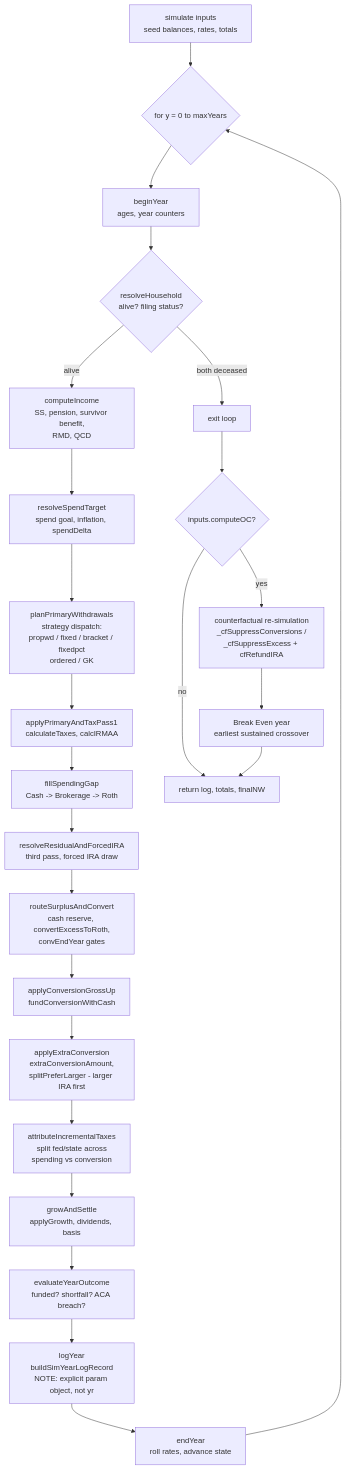
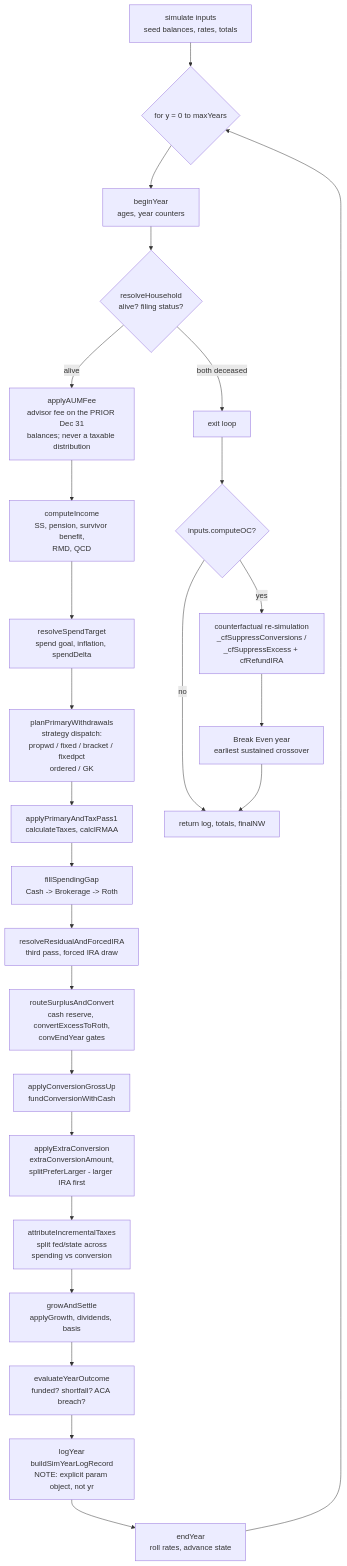
Before and after one commit to nightskyguy/retirement_assets: the third of 5 diagrams in ARCHITECTURE.md, drawn with Mermaid. The commit also changed 10 other files, not shown here.

````diff
--- a/ARCHITECTURE.md
+++ b/ARCHITECTURE.md
@@ -161,28 +161,29 @@
 ```mermaid
 flowchart TD
     IN["simulate inputs<br/>seed balances, rates, totals"] --> LOOP{"for y = 0 to maxYears"}
     LOOP --> B["beginYear<br/>ages, year counters"]
     B --> H{"resolveHousehold<br/>alive? filing status?"}
     H -->|both deceased| DONE["exit loop"]
-    H -->|alive| INC["computeIncome<br/>SS, pension, survivor benefit,<br/>RMD, QCD"]
+    H -->|alive| FEE["applyAUMFee<br/>advisor fee on the PRIOR Dec 31<br/>balances; never a taxable distribution"]
+    FEE --> INC["computeIncome<br/>SS, pension, survivor benefit,<br/>RMD, QCD"]
     INC --> SPT["resolveSpendTarget<br/>spend goal, inflation, spendDelta"]
     SPT --> PLAN["planPrimaryWithdrawals<br/>strategy dispatch:<br/>propwd / fixed / bracket / fixedpct<br/>ordered / GK"]
     PLAN --> P1["applyPrimaryAndTaxPass1<br/>calculateTaxes, calcIRMAA"]
     P1 --> GAP["fillSpendingGap<br/>Cash -> Brokerage -> Roth"]
     GAP --> RESID["resolveResidualAndForcedIRA<br/>third pass, forced IRA draw"]
     RESID --> SURP["routeSurplusAndConvert<br/>cash reserve, convertExcessToRoth,<br/>convEndYear gates"]
     SURP --> GROSS["applyConversionGrossUp<br/>fundConversionWithCash"]
     GROSS --> EXTRA["applyExtraConversion<br/>extraConversionAmount,<br/>splitPreferLarger - larger IRA first"]
     EXTRA --> ATTR["attributeIncrementalTaxes<br/>split fed/state across<br/>spending vs conversion"]
     ATTR --> GROW["growAndSettle<br/>applyGrowth, dividends, basis"]
     GROW --> EVAL["evaluateYearOutcome<br/>funded? shortfall? ACA breach?"]
     EVAL --> LOG["logYear<br/>buildSimYearLogRecord<br/>NOTE: explicit param object, not yr"]
     LOG --> END["endYear<br/>roll rates, advance state"]
     END --> LOOP
 
     DONE --> OC{"inputs.computeOC?"}
     OC -->|yes| CF["counterfactual re-simulation<br/>_cfSuppressConversions /<br/>_cfSuppressExcess + cfRefundIRA"]
     CF --> BE["Break Even year<br/>earliest sustained crossover"]
     OC -->|no| OUT
     BE --> OUT["return log, totals, finalNW"]
 ```
````
